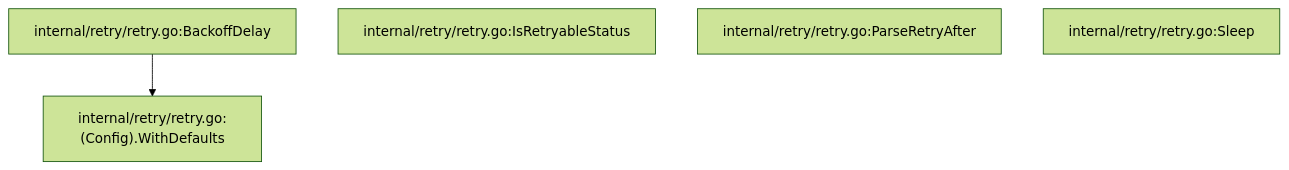
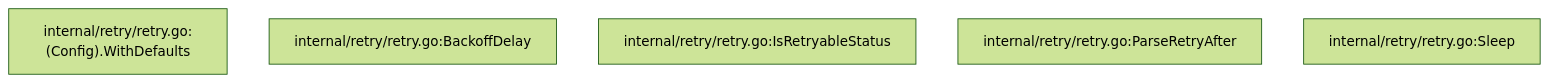
Diagram 21 of 26 in docs/function-graph-detailed.md (GeniusJunP/notion-notifier), drawn with Mermaid (forest theme) before and after one commit. The commit also changed other lines of this file and 13 other files, not shown here.

Commit message:
refactor: unify config-save and notification flow paths

````diff
--- a/docs/function-graph-detailed.md
+++ b/docs/function-graph-detailed.md
@@ -498,9 +475,8 @@
 ```mermaid
 flowchart TD
   n1["internal/retry/retry.go:(Config).WithDefaults"]
   n2["internal/retry/retry.go:BackoffDelay"]
   n3["internal/retry/retry.go:IsRetryableStatus"]
   n4["internal/retry/retry.go:ParseRetryAfter"]
   n5["internal/retry/retry.go:Sleep"]
-  n2 --> n1
 ```
````
